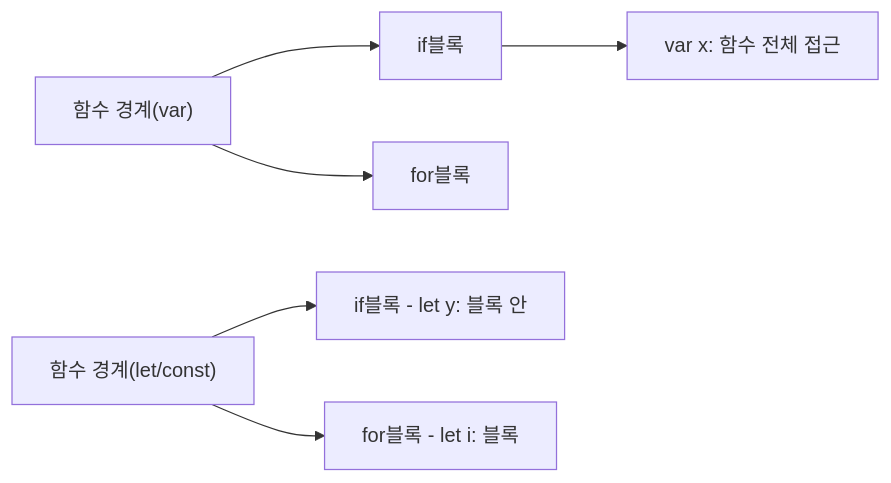
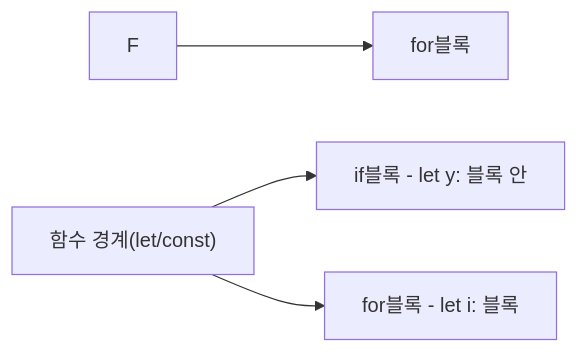
One commit to yjkim2015/yjkim2015.github.io changed the second of 9 diagrams in _posts/frontend/2026-05-02-js-var-let-const.md. Above: the diagram before and after it, drawn with Mermaid. The commit also changed other lines of this file and 149 other files, not shown here.

First line of the commit message:
Mermaid 가독성 개선: 라벨 축약, 노드 축소, TD→LR 변환

````diff
--- a/_posts/frontend/2026-05-02-js-var-let-const.md
+++ b/_posts/frontend/2026-05-02-js-var-let-const.md
@@ -85,7 +85,6 @@
 ```mermaid
 graph LR
-    F["함수 경계(var)"] --> IF1["if블록"] --> VARX["var x: 함수 전체 접근"]
     F --> FOR["for블록"]
     F2["함수 경계(let/const)"] --> IF3["if블록 - let y: 블록 안"]
     F2 --> FOR2["for블록 - let i: 블록"]
 ```
````
